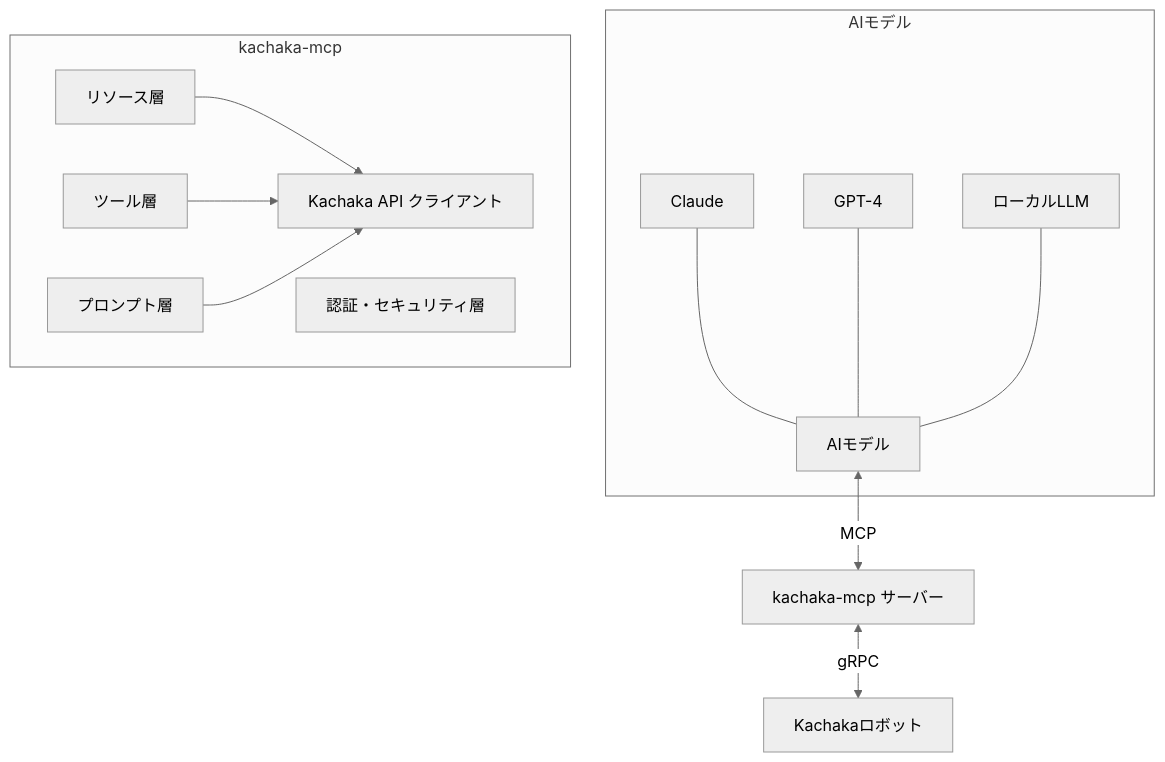
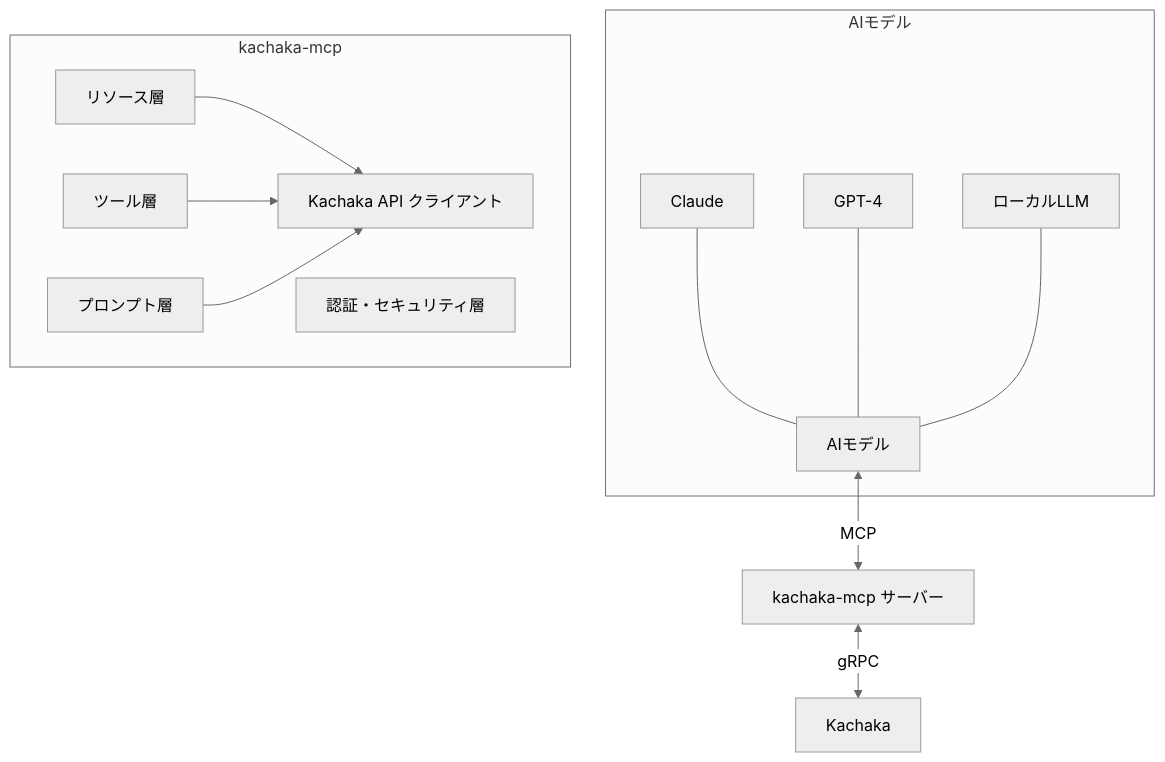
The diagram in README.md (comoc/kachaka-mcp), drawn with Mermaid (neutral theme) before and after one commit. The commit also changed other lines of this file, not shown here.

````diff
--- a/README.md
+++ b/README.md
@@ -9,18 +9,18 @@
 ```mermaid
 graph TD
     A[AIモデル] <-->|MCP| B[kachaka-mcp サーバー]
-    B <-->|gRPC| C[Kachakaロボット]
+    B <-->|gRPC| C[Kachaka]
     
     subgraph "AIモデル"
     A1[Claude] --- A
     A2[GPT-4] --- A
     A3[ローカルLLM] --- A
     end
     
     subgraph "kachaka-mcp"
     D[リソース層] --> F[Kachaka API クライアント]
     E[ツール層] --> F
     G[プロンプト層] --> F
     H[認証・セキュリティ層]
     end
 ```
````
